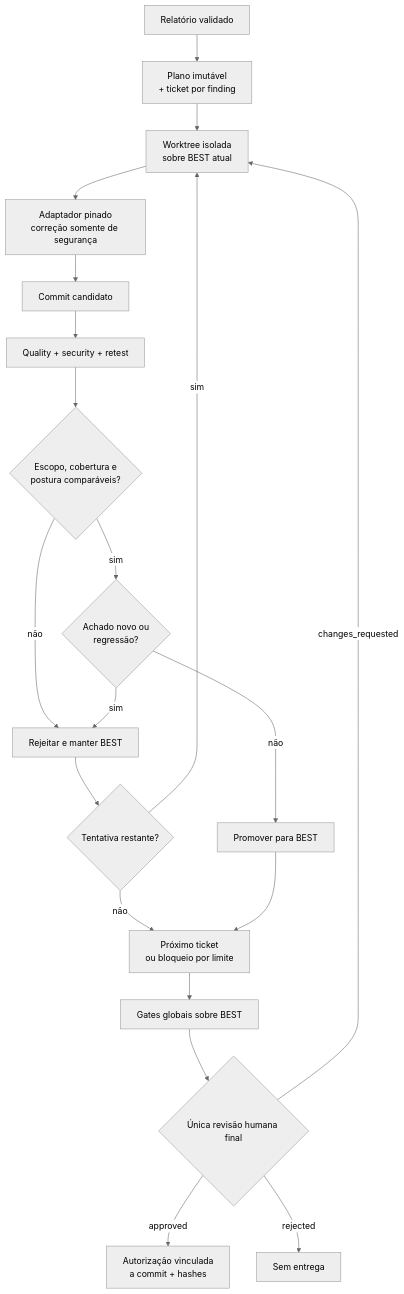
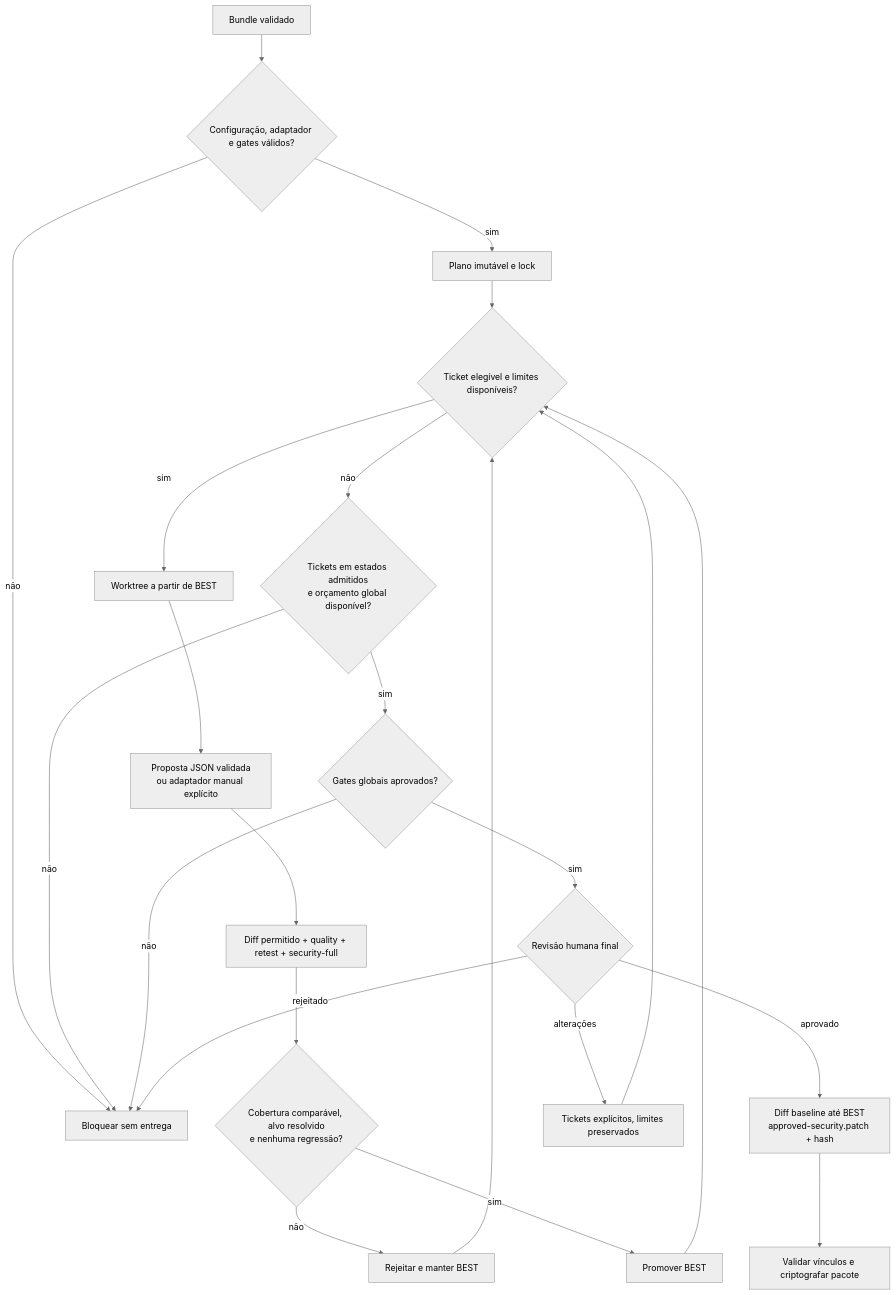
Before and after one commit to yurIdeLimaDev/empresa-security-flow: the diagram in correcao/docs/FLUXO_DE_CORRECAO_SEGURA.md, drawn with Mermaid (neutral theme). The commit also changed other lines of this file and 80 other files, not shown here.

````diff
--- a/correcao/docs/FLUXO_DE_CORRECAO_SEGURA.md
+++ b/correcao/docs/FLUXO_DE_CORRECAO_SEGURA.md
@@ -26,22 +28,25 @@
 ```mermaid
 flowchart TB
-    bundle[Relatório validado] --> plan[Plano imutável\n+ ticket por finding]
-    plan --> worktree[Worktree isolada\nsobre BEST atual]
-    worktree --> agent[Adaptador pinado\ncorreção somente de segurança]
-    agent --> candidate[Commit candidato]
-    candidate --> gates[Quality + security + retest]
-    gates --> compare{Escopo, cobertura e\npostura comparáveis?}
-    compare -- não --> reject[Rejeitar e manter BEST]
-    compare -- sim --> regression{Achado novo ou\nregressão?}
-    regression -- sim --> reject
-    regression -- não --> promote[Promover para BEST]
-    reject --> retry{Tentativa restante?}
-    retry -- sim --> worktree
-    retry -- não --> next[Próximo ticket\nou bloqueio por limite]
-    promote --> next
-    next --> global[Gates globais sobre BEST]
-    global --> human{Única revisão humana final}
-    human -- approved --> delivery[Autorização vinculada\na commit + hashes]
-    human -- changes_requested --> worktree
-    human -- rejected --> blocked[Sem entrega]
+    bundle["Bundle validado"] --> preflight{"Configuração, adaptador e gates válidos?"}
+    preflight -- não --> blocked["Bloquear sem entrega"]
+    preflight -- sim --> plan["Plano imutável e lock"]
+    plan --> ticket{"Ticket elegível e limites disponíveis?"}
+    ticket -- sim --> worktree["Worktree a partir de BEST"]
+    worktree --> proposal["Proposta JSON validada<br/>ou adaptador manual explícito"]
+    proposal --> gates["Diff permitido + quality + retest + security-full"]
+    gates --> compare{"Cobertura comparável, alvo resolvido<br/>e nenhuma regressão?"}
+    compare -- não --> reject["Rejeitar e manter BEST"]
+    compare -- sim --> promote["Promover BEST"]
+    reject --> ticket
+    promote --> ticket
+    ticket -- não --> complete{"Tickets em estados admitidos<br/>e orçamento global disponível?"}
+    complete -- não --> blocked
+    complete -- sim --> global{"Gates globais aprovados?"}
+    global -- não --> blocked
+    global -- sim --> human{"Revisão humana final"}
+    human -- aprovado --> canonical["Diff baseline até BEST<br/>approved-security.patch + hash"]
+    canonical --> delivery["Validar vínculos e criptografar pacote"]
+    human -- alterações --> reopen["Tickets explícitos, limites preservados"]
+    reopen --> ticket
+    human -- rejeitado --> blocked
 ```
````
